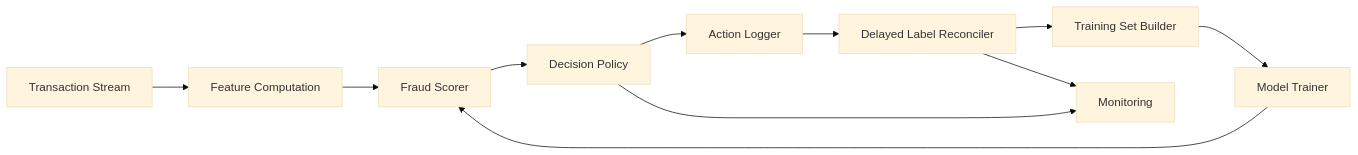
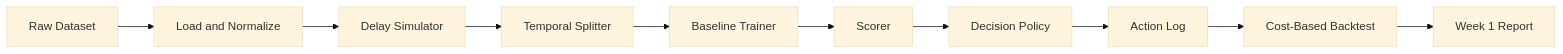
Before and after one commit to kira-ml/delayed-label-fraud-decisioning: the diagram in README.md, drawn with Mermaid (base theme). The commit also changed other lines of this file and 5 other files, not shown here.

````diff
--- a/README.md
+++ b/README.md
@@ -66,13 +72,12 @@
 ```mermaid
 flowchart LR
-    A[Transaction Stream] --> B[Feature Computation]
-    B --> C[Fraud Scorer]
-    C --> D[Decision Policy]
-    D --> E[Action Logger]
-    E --> F[Delayed Label Reconciler]
-    F --> G[Training Set Builder]
-    G --> H[Model Trainer]
-    H --> C
-    D --> I[Monitoring]
-    F --> I
+    A[Raw Dataset] --> B[Load and Normalize]
+    B --> C[Delay Simulator]
+    C --> D[Temporal Splitter]
+    D --> E[Baseline Trainer]
+    E --> F[Scorer]
+    F --> G[Decision Policy]
+    G --> H[Action Log]
+    H --> I[Cost-Based Backtest]
+    I --> J[Week 1 Report]
 ```
````
